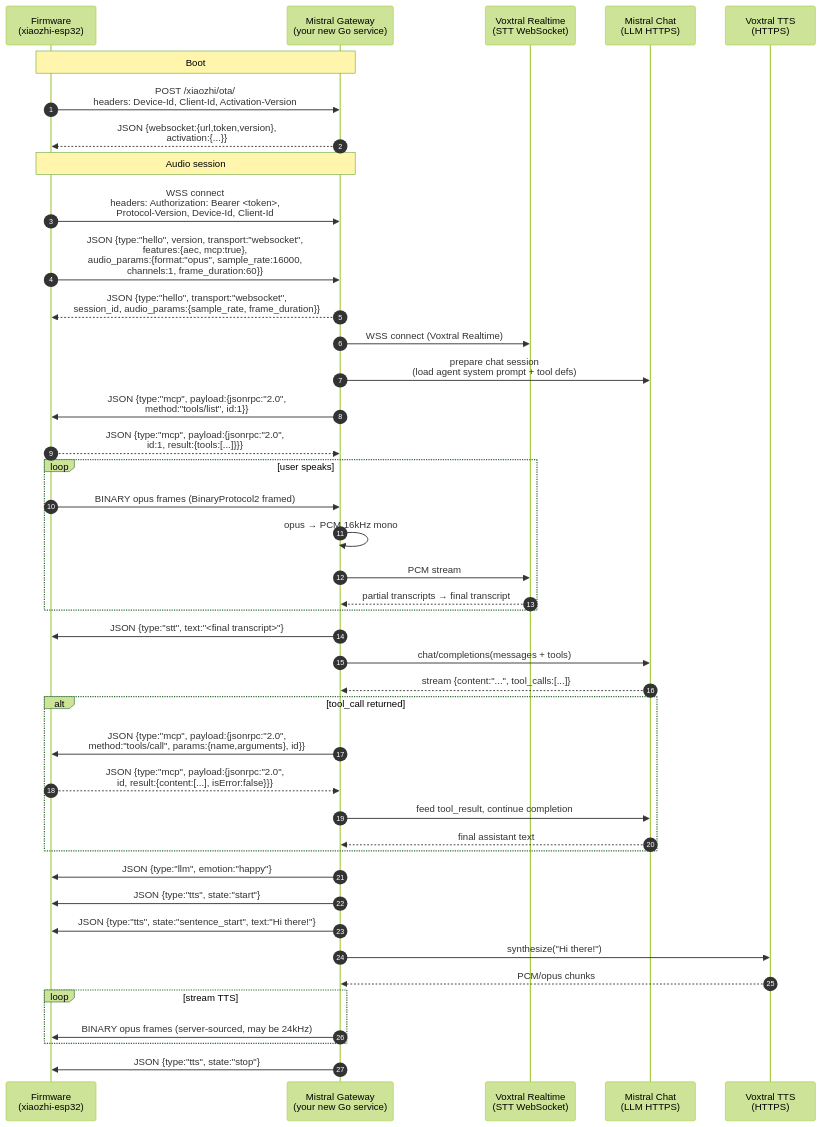
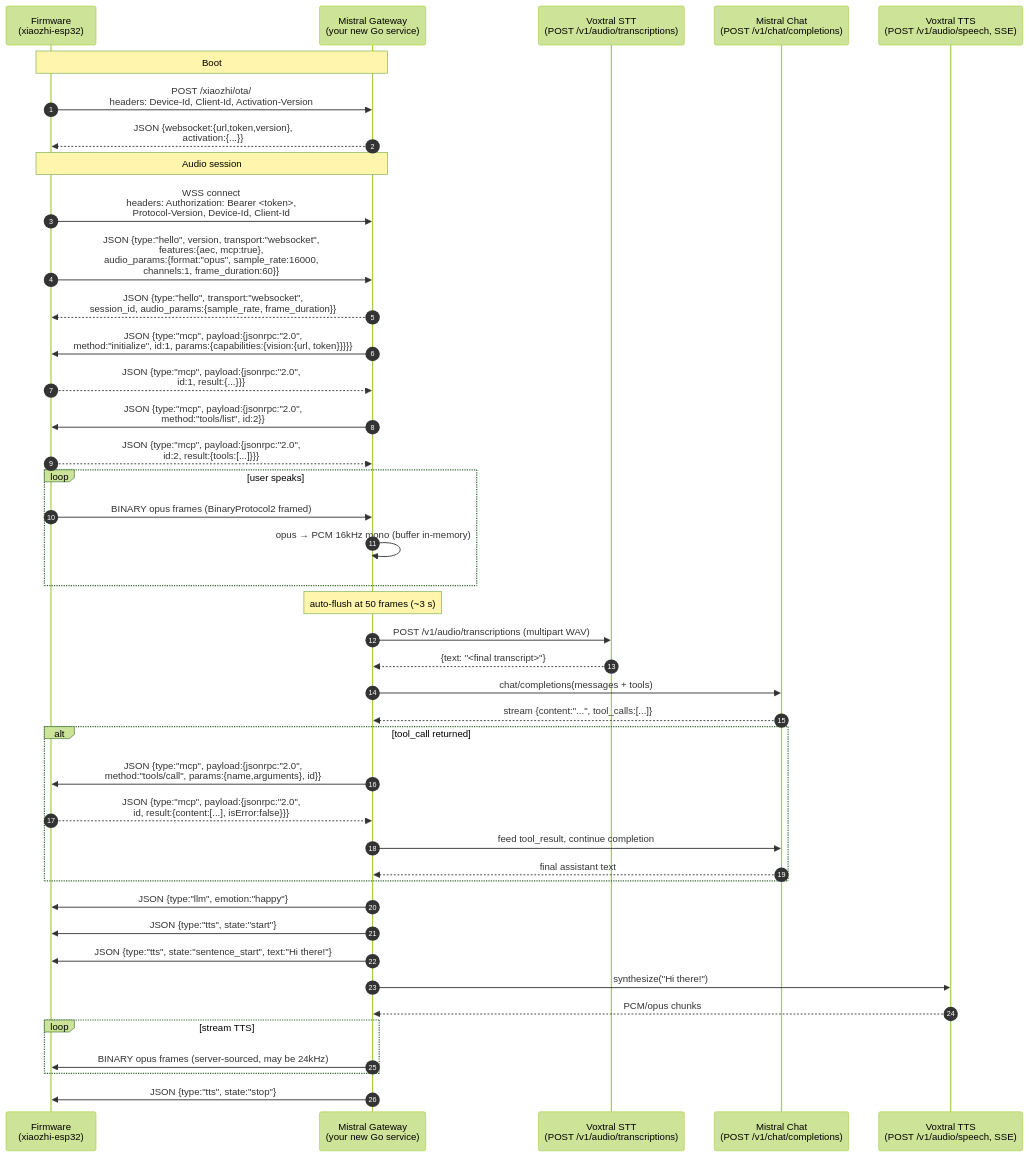
The diagram in docs/architecture/07-path-a-implementation.md (RossinesP/StackChan), drawn with Mermaid (forest theme) before and after one commit. The commit also changed other lines of this file and 3 other files, not shown here.

````diff
--- a/docs/architecture/07-path-a-implementation.md
+++ b/docs/architecture/07-path-a-implementation.md
@@ -26,52 +36,51 @@
 ```mermaid
 sequenceDiagram
     autonumber
     participant FW as Firmware<br/>(xiaozhi-esp32)
     participant GW as Mistral Gateway<br/>(your new Go service)
-    participant V as Voxtral Realtime<br/>(STT WebSocket)
-    participant L as Mistral Chat<br/>(LLM HTTPS)
-    participant T as Voxtral TTS<br/>(HTTPS)
+    participant V as Voxtral STT<br/>(POST /v1/audio/transcriptions)
+    participant L as Mistral Chat<br/>(POST /v1/chat/completions)
+    participant T as Voxtral TTS<br/>(POST /v1/audio/speech, SSE)
 
     Note over FW,GW: Boot
     FW->>GW: POST /xiaozhi/ota/<br/>headers: Device-Id, Client-Id, Activation-Version
     GW-->>FW: JSON {websocket:{url,token,version},<br/>activation:{...}}
 
     Note over FW,GW: Audio session
     FW->>GW: WSS connect<br/>headers: Authorization: Bearer <token>,<br/>Protocol-Version, Device-Id, Client-Id
     FW->>GW: JSON {type:"hello", version, transport:"websocket",<br/>features:{aec, mcp:true},<br/>audio_params:{format:"opus", sample_rate:16000,<br/>channels:1, frame_duration:60}}
     GW-->>FW: JSON {type:"hello", transport:"websocket",<br/>session_id, audio_params:{sample_rate, frame_duration}}
 
-    GW->>V: WSS connect (Voxtral Realtime)
-    GW->>L: prepare chat session<br/>(load agent system prompt + tool defs)
-
-    GW->>FW: JSON {type:"mcp", payload:{jsonrpc:"2.0",<br/>method:"tools/list", id:1}}
-    FW-->>GW: JSON {type:"mcp", payload:{jsonrpc:"2.0",<br/>id:1, result:{tools:[...]}}}
+    GW->>FW: JSON {type:"mcp", payload:{jsonrpc:"2.0",<br/>method:"initialize", id:1, params:{capabilities:{vision:{url, token}}}}}
+    FW-->>GW: JSON {type:"mcp", payload:{jsonrpc:"2.0",<br/>id:1, result:{...}}}
+    GW->>FW: JSON {type:"mcp", payload:{jsonrpc:"2.0",<br/>method:"tools/list", id:2}}
+    FW-->>GW: JSON {type:"mcp", payload:{jsonrpc:"2.0",<br/>id:2, result:{tools:[...]}}}
 
     loop user speaks
         FW->>GW: BINARY opus frames (BinaryProtocol2 framed)
-        GW->>GW: opus → PCM 16kHz mono
-        GW->>V: PCM stream
-        V-->>GW: partial transcripts → final transcript
+        GW->>GW: opus → PCM 16kHz mono (buffer in-memory)
     end
+    Note over GW: auto-flush at 50 frames (~3 s)
+    GW->>V: POST /v1/audio/transcriptions (multipart WAV)
+    V-->>GW: {text: "<final transcript>"}
 
-    GW->>FW: JSON {type:"stt", text:"<final transcript>"}
     GW->>L: chat/completions(messages + tools)
     L-->>GW: stream {content:"...", tool_calls:[...]}
 
     alt tool_call returned
         GW->>FW: JSON {type:"mcp", payload:{jsonrpc:"2.0",<br/>method:"tools/call", params:{name,arguments}, id}}
         FW-->>GW: JSON {type:"mcp", payload:{jsonrpc:"2.0",<br/>id, result:{content:[...], isError:false}}}
         GW->>L: feed tool_result, continue completion
         L-->>GW: final assistant text
     end
 
     GW->>FW: JSON {type:"llm", emotion:"happy"}
     GW->>FW: JSON {type:"tts", state:"start"}
     GW->>FW: JSON {type:"tts", state:"sentence_start", text:"Hi there!"}
     GW->>T: synthesize("Hi there!")
     T-->>GW: PCM/opus chunks
     loop stream TTS
         GW->>FW: BINARY opus frames (server-sourced, may be 24kHz)
     end
     GW->>FW: JSON {type:"tts", state:"stop"}
 ```
````
